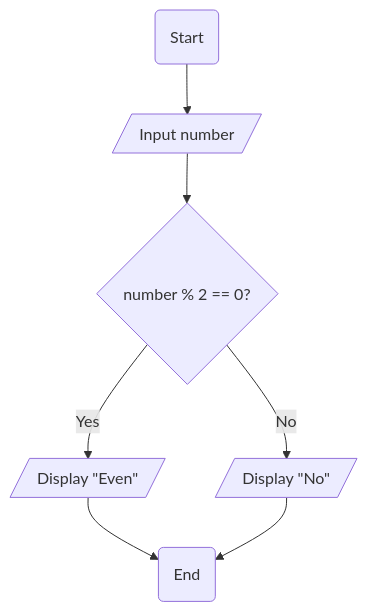
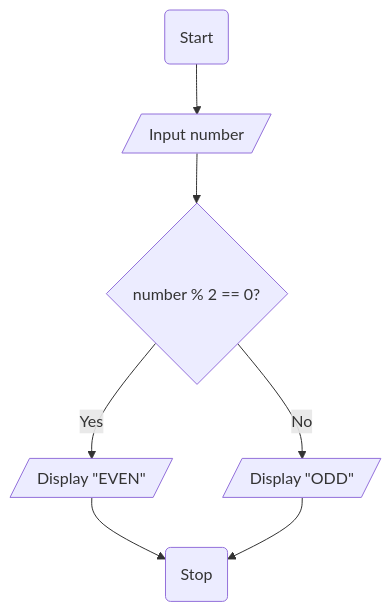
The first of 10 diagrams in README.md (jayani-athukorala/algorithm-flowchart-workshop), drawn with Mermaid before and after one commit. The commit also changed other lines of this file, not shown here.

Commit message:
Add mermaid flowchart for Q2

````diff
--- a/README.md
+++ b/README.md
@@ -25,9 +25,9 @@
 ```mermaid
 flowchart TD
     A(Start) --> B[/Input number/]
     B --> C{number % 2 == 0?}
-    C -- Yes --> D[/Display "Even"/]
-    C -- No --> E[/Display "No"/]
-    D --> F(End)
+    C -- Yes --> D[/Display "EVEN"/]
+    C -- No --> E[/Display "ODD"/]
+    D --> F(Stop)
     E --> F
 ```
````
